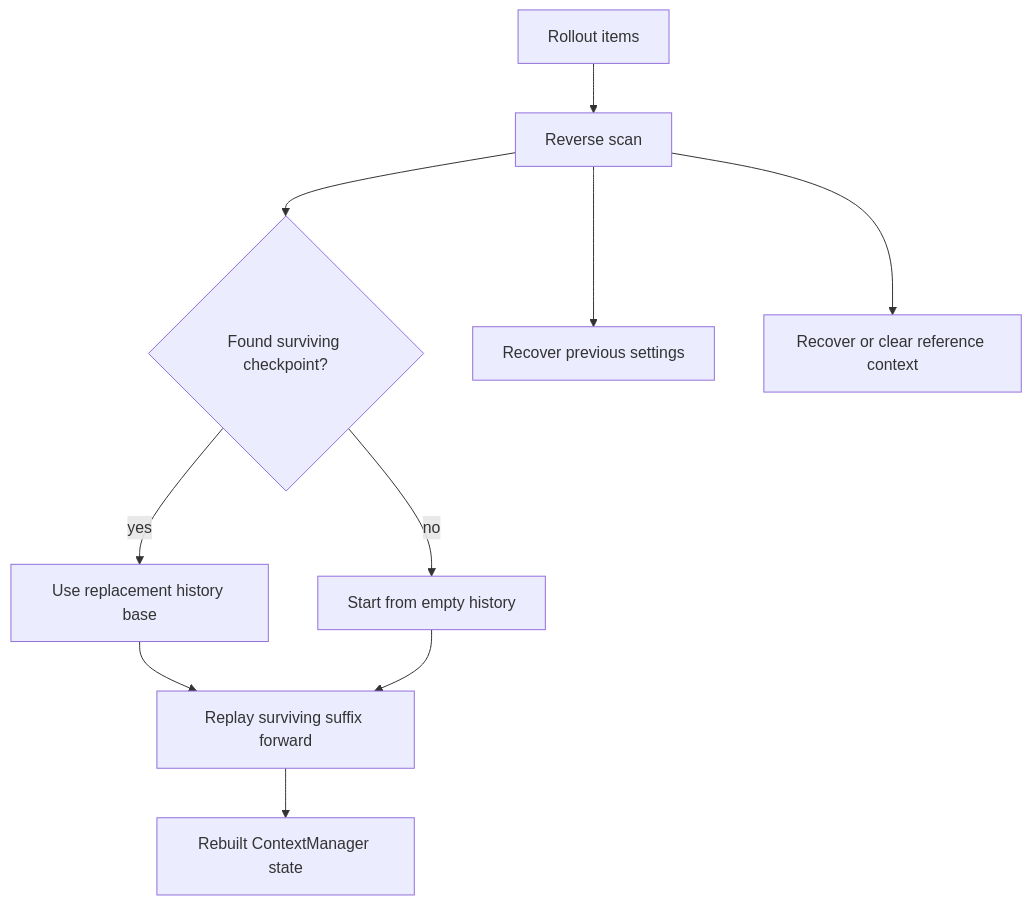
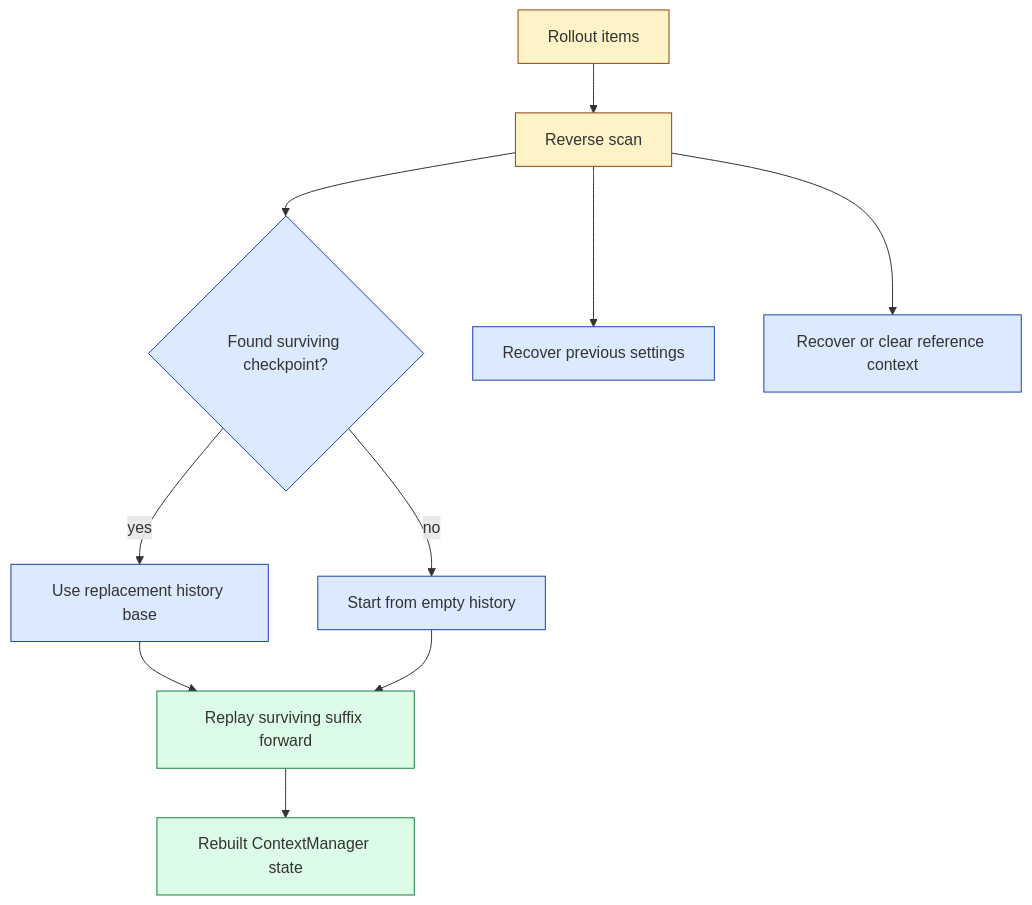
The diagram in docs/codex-context-management/chapter-07.md (WineChord/books), drawn with Mermaid before and after one commit. The commit also changed other lines of this file and 21 other files, not shown here.

````diff
--- a/docs/codex-context-management/chapter-07.md
+++ b/docs/codex-context-management/chapter-07.md
@@ -41,12 +41,18 @@
 ```mermaid
 flowchart TD
   A[Rollout items] --> B[Reverse scan]
   B --> C{Found surviving checkpoint?}
   C -- yes --> D[Use replacement history base]
   C -- no --> E[Start from empty history]
   B --> F[Recover previous settings]
   B --> G[Recover or clear reference context]
   D --> H[Replay surviving suffix forward]
   E --> H
   H --> I[Rebuilt ContextManager state]
+  classDef phase1 fill:#fef3c7,stroke:#92400e;
+  classDef phase2 fill:#dbeafe,stroke:#1e40af;
+  classDef phase3 fill:#dcfce7,stroke:#15803d;
+  class A,B phase1;
+  class C,D,E,F,G phase2;
+  class H,I phase3;
 ```
````
